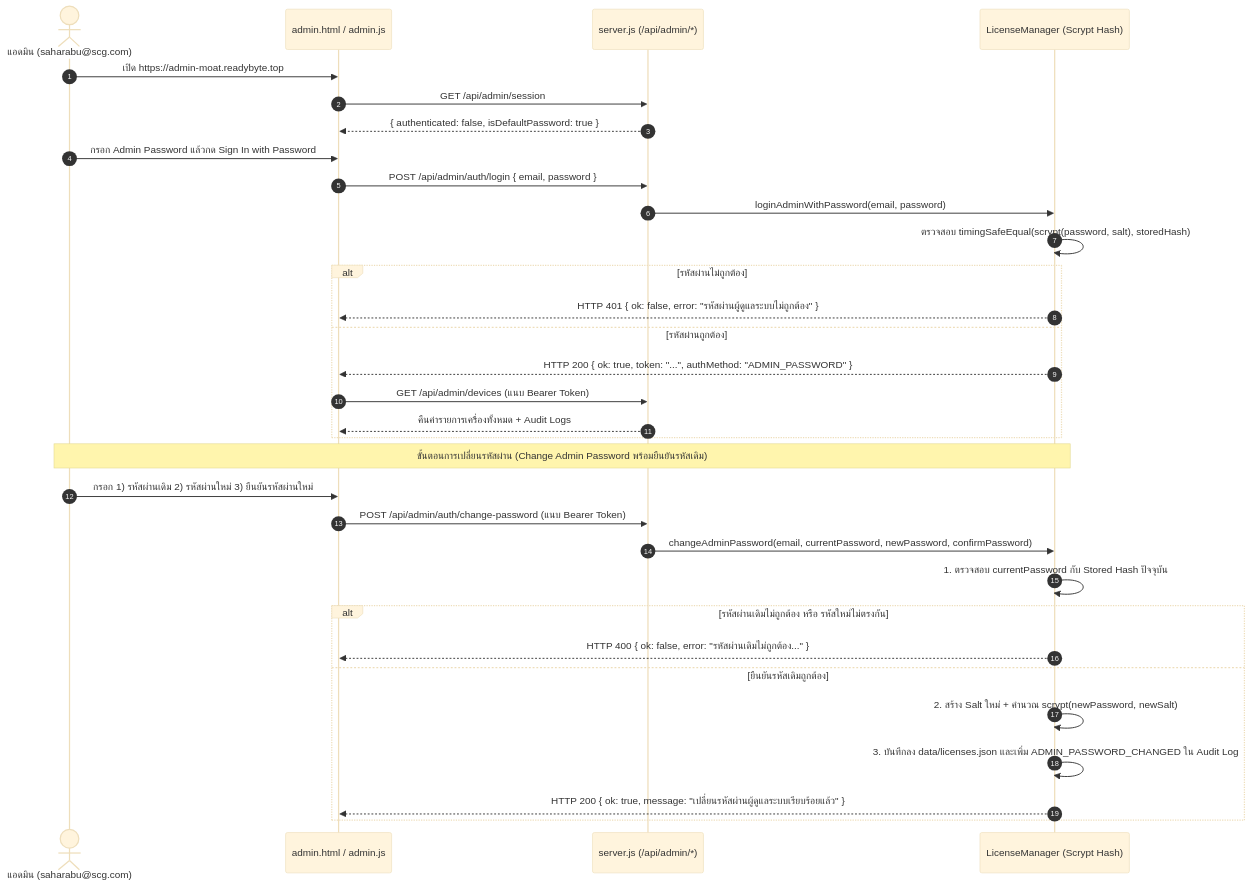
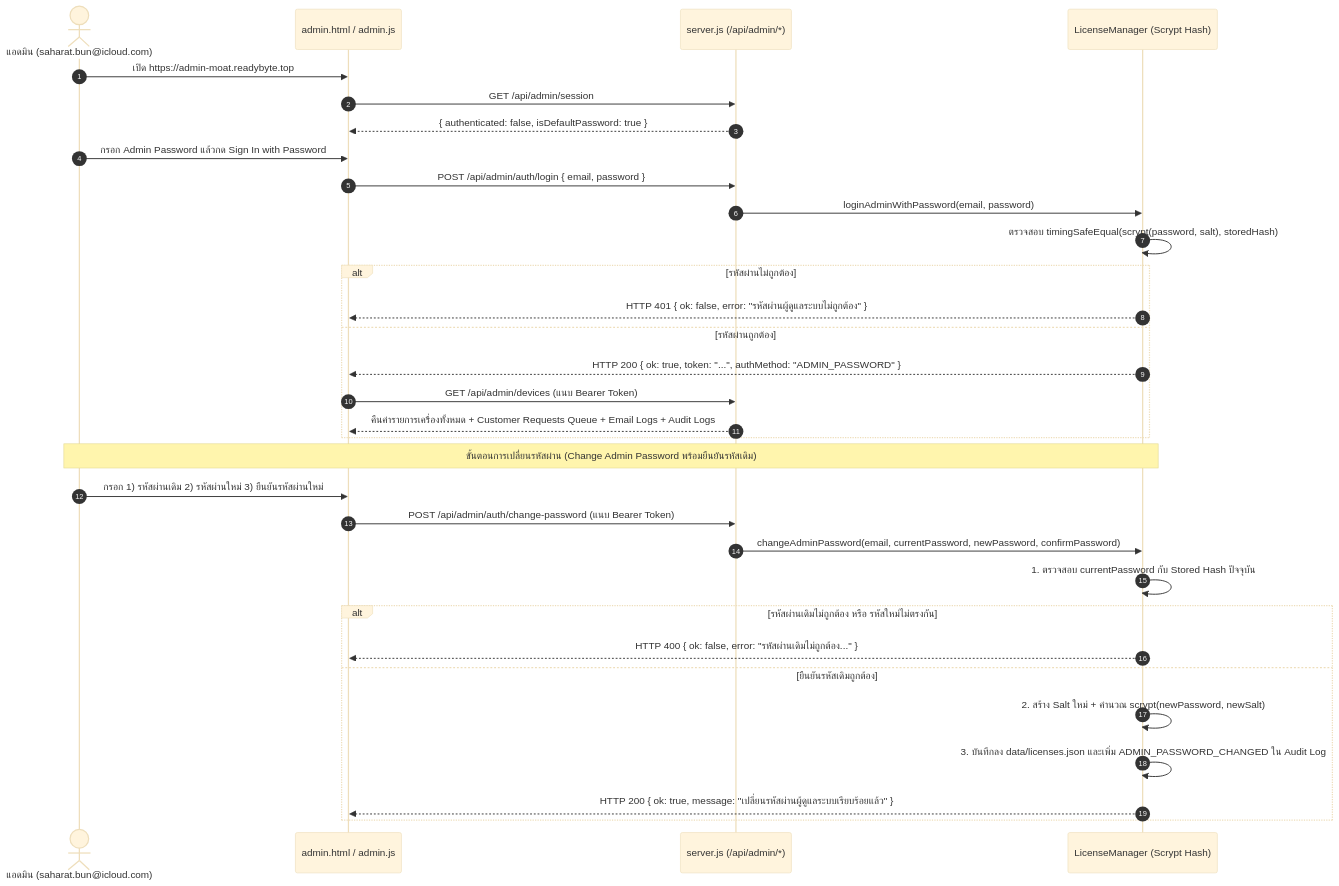
Before and after one commit to e24qdy2/garmin-venu2-moat: the sixth of 7 diagrams in docs/03-APP-FLOW-AND-LOGIC-FLOW.md, drawn with Mermaid (base theme). The commit also changed other lines of this file and 19 other files, not shown here.

````diff
--- a/docs/03-APP-FLOW-AND-LOGIC-FLOW.md
+++ b/docs/03-APP-FLOW-AND-LOGIC-FLOW.md
@@ -146,36 +183,36 @@
 ```mermaid
 sequenceDiagram
     autonumber
-    actor Admin as แอดมิน (saharabu@scg.com)
+    actor Admin as แอดมิน (saharat.bun@icloud.com)
     participant UI as admin.html / admin.js
     participant Server as server.js (/api/admin/*)
     participant Lic as LicenseManager (Scrypt Hash)
 
     Admin->>UI: เปิด https://admin-moat.readybyte.top
     UI->>Server: GET /api/admin/session
     Server-->>UI: { authenticated: false, isDefaultPassword: true }
     Admin->>UI: กรอก Admin Password แล้วกด Sign In with Password
     UI->>Server: POST /api/admin/auth/login { email, password }
     Server->>Lic: loginAdminWithPassword(email, password)
     Lic->>Lic: ตรวจสอบ timingSafeEqual(scrypt(password, salt), storedHash)
     alt รหัสผ่านไม่ถูกต้อง
         Lic-->>UI: HTTP 401 { ok: false, error: "รหัสผ่านผู้ดูแลระบบไม่ถูกต้อง" }
     else รหัสผ่านถูกต้อง
         Lic-->>UI: HTTP 200 { ok: true, token: "...", authMethod: "ADMIN_PASSWORD" }
         UI->>Server: GET /api/admin/devices (แนบ Bearer Token)
-        Server-->>UI: คืนค่ารายการเครื่องทั้งหมด + Audit Logs
+        Server-->>UI: คืนค่ารายการเครื่องทั้งหมด + Customer Requests Queue + Email Logs + Audit Logs
     end
 
     Note over Admin,Lic: ขั้นตอนการเปลี่ยนรหัสผ่าน (Change Admin Password พร้อมยืนยันรหัสเดิม)
     Admin->>UI: กรอก 1) รหัสผ่านเดิม 2) รหัสผ่านใหม่ 3) ยืนยันรหัสผ่านใหม่
     UI->>Server: POST /api/admin/auth/change-password (แนบ Bearer Token)
     Server->>Lic: changeAdminPassword(email, currentPassword, newPassword, confirmPassword)
     Lic->>Lic: 1. ตรวจสอบ currentPassword กับ Stored Hash ปัจจุบัน
     alt รหัสผ่านเดิมไม่ถูกต้อง หรือ รหัสใหม่ไม่ตรงกัน
         Lic-->>UI: HTTP 400 { ok: false, error: "รหัสผ่านเดิมไม่ถูกต้อง..." }
     else ยืนยันรหัสเดิมถูกต้อง
         Lic->>Lic: 2. สร้าง Salt ใหม่ + คำนวณ scrypt(newPassword, newSalt)
         Lic->>Lic: 3. บันทึกลง data/licenses.json และเพิ่ม ADMIN_PASSWORD_CHANGED ใน Audit Log
         Lic-->>UI: HTTP 200 { ok: true, message: "เปลี่ยนรหัสผ่านผู้ดูแลระบบเรียบร้อยแล้ว" }
     end
 ```
````
